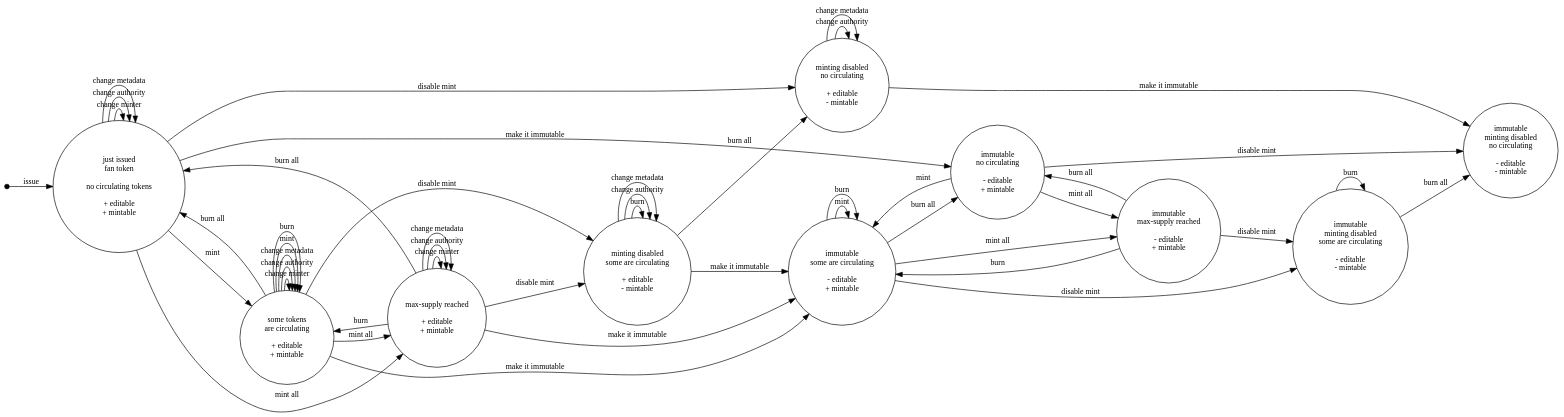
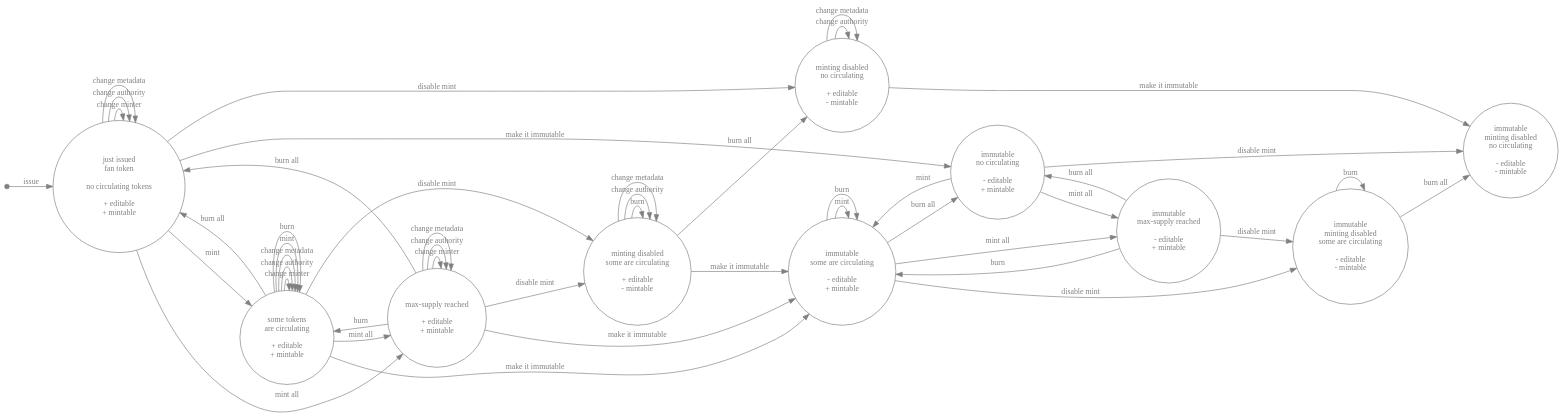
One commit to bitsongofficial/go-bitsong changed the diagram in x/fantoken/spec/img/image_code/fantoken_object_lifecycle.dot. Above: the diagram before and after it, drawn with Graphviz. The commit also changed 2 other files, not shown here.

```diff
--- a/x/fantoken/spec/img/image_code/fantoken_object_lifecycle.dot
+++ b/x/fantoken/spec/img/image_code/fantoken_object_lifecycle.dot
@@ -1,79 +1,79 @@
 digraph finite_state_machine {
     splines=true;
     overlap=scalexy;
     rankdir="LR";
     bgcolor="transparent";
 
-    node [shape = circle, width=2.0 ,label="just issued\nfan token\n\nno circulating tokens\n\n+ editable\n+ mintable", fontsize=12, color="black", fontcolor="black"] 1;
-    node [shape = circle, width=2.0 ,label="some tokens\nare circulating\n\n+ editable\n+ mintable", fontsize=12, color="black", fontcolor="black"] 2;
-    node [shape = circle, width=2.0 ,label="max-supply reached\n\n+ editable\n+ mintable", fontsize=12, color="black", fontcolor="black"] 3;
-    node [shape = circle, width=2.0 ,label="minting disabled\nsome are circulating\n\n+ editable\n- mintable", fontsize=12, color="black", fontcolor="black"] 4;
-    node [shape = circle, width=2.0 ,label="minting disabled\nno circulating\n\n+ editable\n- mintable", fontsize=12, color="black", fontcolor="black"] 5;
-    node [shape = circle, width=2.0 ,label="immutable\nminting disabled\nsome are circulating\n\n- editable\n- mintable", fontsize=12, color="black", fontcolor="black"] 6;
-    node [shape = circle, width=2.0 ,label="immutable\nsome are circulating\n\n- editable\n+ mintable", fontsize=12, color="black", fontcolor="black"] 7;
-    node [shape = circle, width=2.0 ,label="immutable\nno circulating\n\n- editable\n+ mintable", fontsize=12, color="black", fontcolor="black"] 8;
-    node [shape = circle, width=2.0 ,label="immutable\nmax-supply reached\n\n- editable\n+ mintable", fontsize=12, color="black", fontcolor="black"] 9;
-    node [shape = circle, width=2.0 ,label="immutable\nminting disabled\nno circulating\n\n- editable\n- mintable", fontsize=12, color="black", fontcolor="black"] 10;
+    node [shape = circle, width=2.0 ,label="just issued\nfan token\n\nno circulating tokens\n\n+ editable\n+ mintable", fontsize=12, color="gray", fontcolor="gray"] 1;
+    node [shape = circle, width=2.0 ,label="some tokens\nare circulating\n\n+ editable\n+ mintable", fontsize=12, color="gray", fontcolor="gray"] 2;
+    node [shape = circle, width=2.0 ,label="max-supply reached\n\n+ editable\n+ mintable", fontsize=12, color="gray", fontcolor="gray"] 3;
+    node [shape = circle, width=2.0 ,label="minting disabled\nsome are circulating\n\n+ editable\n- mintable", fontsize=12, color="gray", fontcolor="gray"] 4;
+    node [shape = circle, width=2.0 ,label="minting disabled\nno circulating\n\n+ editable\n- mintable", fontsize=12, color="gray", fontcolor="gray"] 5;
+    node [shape = circle, width=2.0 ,label="immutable\nminting disabled\nsome are circulating\n\n- editable\n- mintable", fontsize=12, color="gray", fontcolor="gray"] 6;
+    node [shape = circle, width=2.0 ,label="immutable\nsome are circulating\n\n- editable\n+ mintable", fontsize=12, color="gray", fontcolor="gray"] 7;
+    node [shape = circle, width=2.0 ,label="immutable\nno circulating\n\n- editable\n+ mintable", fontsize=12, color="gray", fontcolor="gray"] 8;
+    node [shape = circle, width=2.0 ,label="immutable\nmax-supply reached\n\n- editable\n+ mintable", fontsize=12, color="gray", fontcolor="gray"] 9;
+    node [shape = circle, width=2.0 ,label="immutable\nminting disabled\nno circulating\n\n- editable\n- mintable", fontsize=12, color="gray", fontcolor="gray"] 10;
     
-    node [shape = point, width=0.1 fontsize=12, color="black", fontcolor="black"]; qi
+    node [shape = point, width=0.1 fontsize=12, color="gray", fontcolor="gray"]; qi
 
-    qi      ->  1       [ label="issue", fontsize=12, color="black", fontcolor="black"];
+    qi      ->  1       [ label="issue", fontsize=12, color="gray", fontcolor="gray"];
 
-    1       ->  1       [ label = "change minter", fontsize=12, color="black", fontcolor="black"];
-    1       ->  1       [ label = "change authority", fontsize=12, color="black", fontcolor="black"];
-    1       ->  1       [ label = "change metadata", fontsize=12, color="black", fontcolor="black"];
+    1       ->  1       [ label = "change minter", fontsize=12, color="gray", fontcolor="gray"];
+    1       ->  1       [ label = "change authority", fontsize=12, color="gray", fontcolor="gray"];
+    1       ->  1       [ label = "change metadata", fontsize=12, color="gray", fontcolor="gray"];
 
-    2       ->  2       [ label = "change minter", fontsize=12, color="black", fontcolor="black"];
-    2       ->  2       [ label = "change authority", fontsize=12, color="black", fontcolor="black"];
-    2       ->  2       [ label = "change metadata", fontsize=12, color="black", fontcolor="black"];
+    2       ->  2       [ label = "change minter", fontsize=12, color="gray", fontcolor="gray"];
+    2       ->  2       [ label = "change authority", fontsize=12, color="gray", fontcolor="gray"];
+    2       ->  2       [ label = "change metadata", fontsize=12, color="gray", fontcolor="gray"];
 
-    3       ->  3       [ label = "change minter", fontsize=12, color="black", fontcolor="black"];
-    3       ->  3       [ label = "change authority", fontsize=12, color="black", fontcolor="black"];
-    3       ->  3       [ label = "change metadata", fontsize=12, color="black", fontcolor="black"];
+    3       ->  3       [ label = "change minter", fontsize=12, color="gray", fontcolor="gray"];
+    3       ->  3       [ label = "change authority", fontsize=12, color="gray", fontcolor="gray"];
+    3       ->  3       [ label = "change metadata", fontsize=12, color="gray", fontcolor="gray"];
 
-    4       ->  4       [ label = "burn", fontsize=12, color="black", fontcolor="black"];
-    4       ->  4       [ label = "change authority", fontsize=12, color="black", fontcolor="black"];
-    4       ->  4       [ label = "change metadata", fontsize=12, color="black", fontcolor="black"];
+    4       ->  4       [ label = "burn", fontsize=12, color="gray", fontcolor="gray"];
+    4       ->  4       [ label = "change authority", fontsize=12, color="gray", fontcolor="gray"];
+    4       ->  4       [ label = "change metadata", fontsize=12, color="gray", fontcolor="gray"];
 
-    5       ->  5       [ label = "change authority", fontsize=12, color="black", fontcolor="black"];
-    5       ->  5       [ label = "change metadata", labeldistance=3, fontsize=12, color="black", fontcolor="black"];
+    5       ->  5       [ label = "change authority", fontsize=12, color="gray", fontcolor="gray"];
+    5       ->  5       [ label = "change metadata", labeldistance=3, fontsize=12, color="gray", fontcolor="gray"];
 
-    1       ->  2       [ label = "mint", fontsize=12, color="black", fontcolor="black"];
-    8       ->  7       [ label = "mint", fontsize=12, color="black", fontcolor="black"];
-    7       ->  7       [ label = "mint", fontsize=12, color="black", fontcolor="black"];
-    2       ->  2       [ label = "mint", fontsize=12, color="black", fontcolor="black"];
+    1       ->  2       [ label = "mint", fontsize=12, color="gray", fontcolor="gray"];
+    8       ->  7       [ label = "mint", fontsize=12, color="gray", fontcolor="gray"];
+    7       ->  7       [ label = "mint", fontsize=12, color="gray", fontcolor="gray"];
+    2       ->  2       [ label = "mint", fontsize=12, color="gray", fontcolor="gray"];
 
-    2       ->  3       [ label = "mint all", fontsize=12, color="black", fontcolor="black"];
-    1       ->  3       [ label = "mint all", fontsize=12, color="black", fontcolor="black"];
-    7       ->  9       [ label = "mint all", fontsize=12, color="black", fontcolor="black"];
-    8       ->  9       [ label = "mint all", fontsize=12, color="black", fontcolor="black"];
+    2       ->  3       [ label = "mint all", fontsize=12, color="gray", fontcolor="gray"];
+    1       ->  3       [ label = "mint all", fontsize=12, color="gray", fontcolor="gray"];
+    7       ->  9       [ label = "mint all", fontsize=12, color="gray", fontcolor="gray"];
+    8       ->  9       [ label = "mint all", fontsize=12, color="gray", fontcolor="gray"];
 
-    3       ->  2       [ label = "burn", fontsize=12, color="black", fontcolor="black"];
-    2       ->  2       [ label = "burn", fontsize=12, color="black", fontcolor="black"];
-    6       ->  6       [ label = "burn", fontsize=12, color="black", fontcolor="black"];
-    7       ->  7       [ label = "burn", fontsize=12, color="black", fontcolor="black"];
-    9       ->  7       [ label = "burn", fontsize=12, color="black", fontcolor="black"];
+    3       ->  2       [ label = "burn", fontsize=12, color="gray", fontcolor="gray"];
+    2       ->  2       [ label = "burn", fontsize=12, color="gray", fontcolor="gray"];
+    6       ->  6       [ label = "burn", fontsize=12, color="gray", fontcolor="gray"];
+    7       ->  7       [ label = "burn", fontsize=12, color="gray", fontcolor="gray"];
+    9       ->  7       [ label = "burn", fontsize=12, color="gray", fontcolor="gray"];
 
 
-    1       ->  5       [ label = "disable mint", fontsize=12, color="black", fontcolor="black"];
-    2       ->  4       [ label = "disable mint", fontsize=12, color="black", fontcolor="black"];
-    3       ->  4       [ label = "disable mint", fontsize=12, color="black", fontcolor="black"];
-    7       ->  6       [ label = "disable mint", fontsize=12, color="black", fontcolor="black"];
-    8       ->  10      [ label = "disable mint", fontsize=12, color="black", fontcolor="black"];
-    9       ->  6       [ label = "disable mint", fontsize=12, color="black", fontcolor="black"];
+    1       ->  5       [ label = "disable mint", fontsize=12, color="gray", fontcolor="gray"];
+    2       ->  4       [ label = "disable mint", fontsize=12, color="gray", fontcolor="gray"];
+    3       ->  4       [ label = "disable mint", fontsize=12, color="gray", fontcolor="gray"];
+    7       ->  6       [ label = "disable mint", fontsize=12, color="gray", fontcolor="gray"];
+    8       ->  10      [ label = "disable mint", fontsize=12, color="gray", fontcolor="gray"];
+    9       ->  6       [ label = "disable mint", fontsize=12, color="gray", fontcolor="gray"];
 
-    4       ->  5       [ label = "burn all", fontsize=12, color="black", fontcolor="black"];
-    2       ->  1       [ label = "burn all", fontsize=12, color="black", fontcolor="black"];
-    6       ->  10      [ label = "burn all", fontsize=12, color="black", fontcolor="black"];
-    7       ->  8       [ label = "burn all", fontsize=12, color="black", fontcolor="black"];
-    9       ->  8       [ label = "burn all", fontsize=12, color="black", fontcolor="black"];
-    3       ->  1       [ label = "burn all", fontsize=12, color="black", fontcolor="black"];
+    4       ->  5       [ label = "burn all", fontsize=12, color="gray", fontcolor="gray"];
+    2       ->  1       [ label = "burn all", fontsize=12, color="gray", fontcolor="gray"];
+    6       ->  10      [ label = "burn all", fontsize=12, color="gray", fontcolor="gray"];
+    7       ->  8       [ label = "burn all", fontsize=12, color="gray", fontcolor="gray"];
+    9       ->  8       [ label = "burn all", fontsize=12, color="gray", fontcolor="gray"];
+    3       ->  1       [ label = "burn all", fontsize=12, color="gray", fontcolor="gray"];
 
 
-    2       ->  7       [ label = "make it immutable", fontsize=12, color="black", fontcolor="black"];
-    3       ->  7       [ label = "make it immutable", fontsize=12, color="black", fontcolor="black"];
-    4       ->  7       [ label = "make it immutable", fontsize=12, color="black", fontcolor="black"];
-    1       ->  8       [ label = "make it immutable", fontsize=12, color="black", fontcolor="black"];
-    5       ->  10      [ label = "make it immutable", fontsize=12, color="black", fontcolor="black"];
+    2       ->  7       [ label = "make it immutable", fontsize=12, color="gray", fontcolor="gray"];
+    3       ->  7       [ label = "make it immutable", fontsize=12, color="gray", fontcolor="gray"];
+    4       ->  7       [ label = "make it immutable", fontsize=12, color="gray", fontcolor="gray"];
+    1       ->  8       [ label = "make it immutable", fontsize=12, color="gray", fontcolor="gray"];
+    5       ->  10      [ label = "make it immutable", fontsize=12, color="gray", fontcolor="gray"];
 
 }
```
